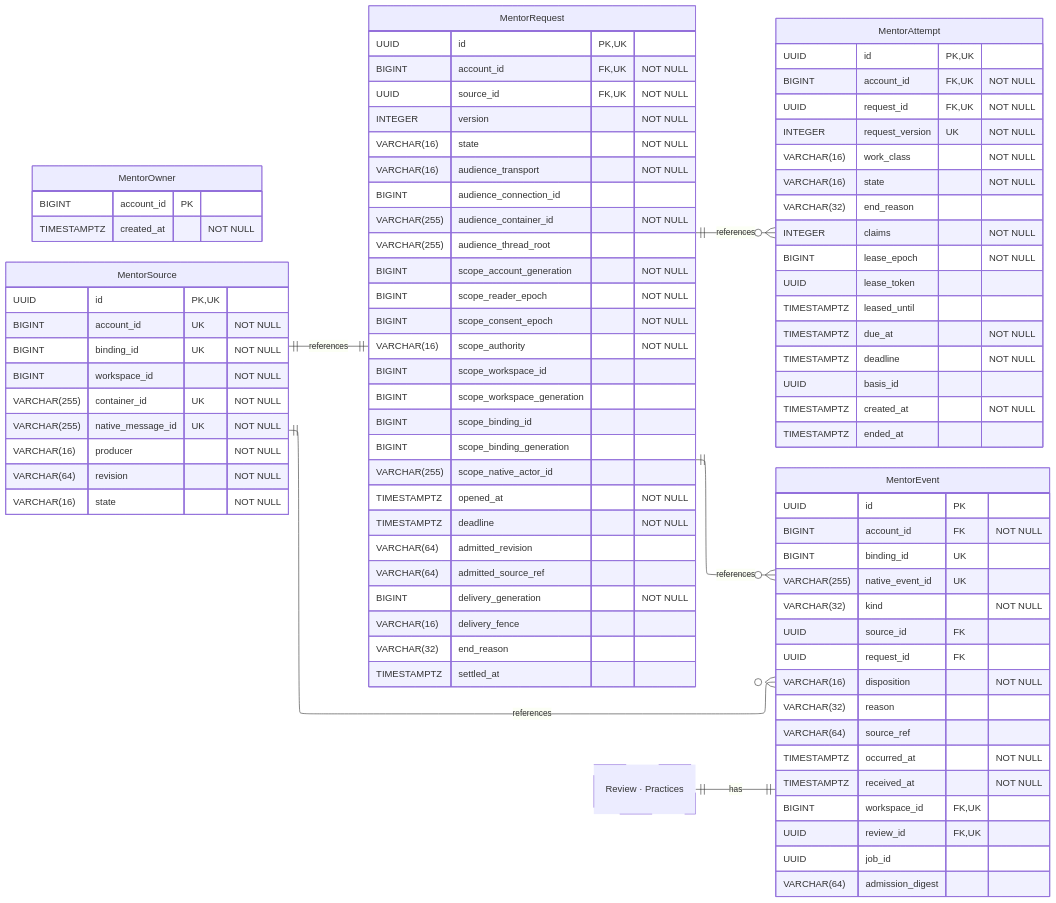
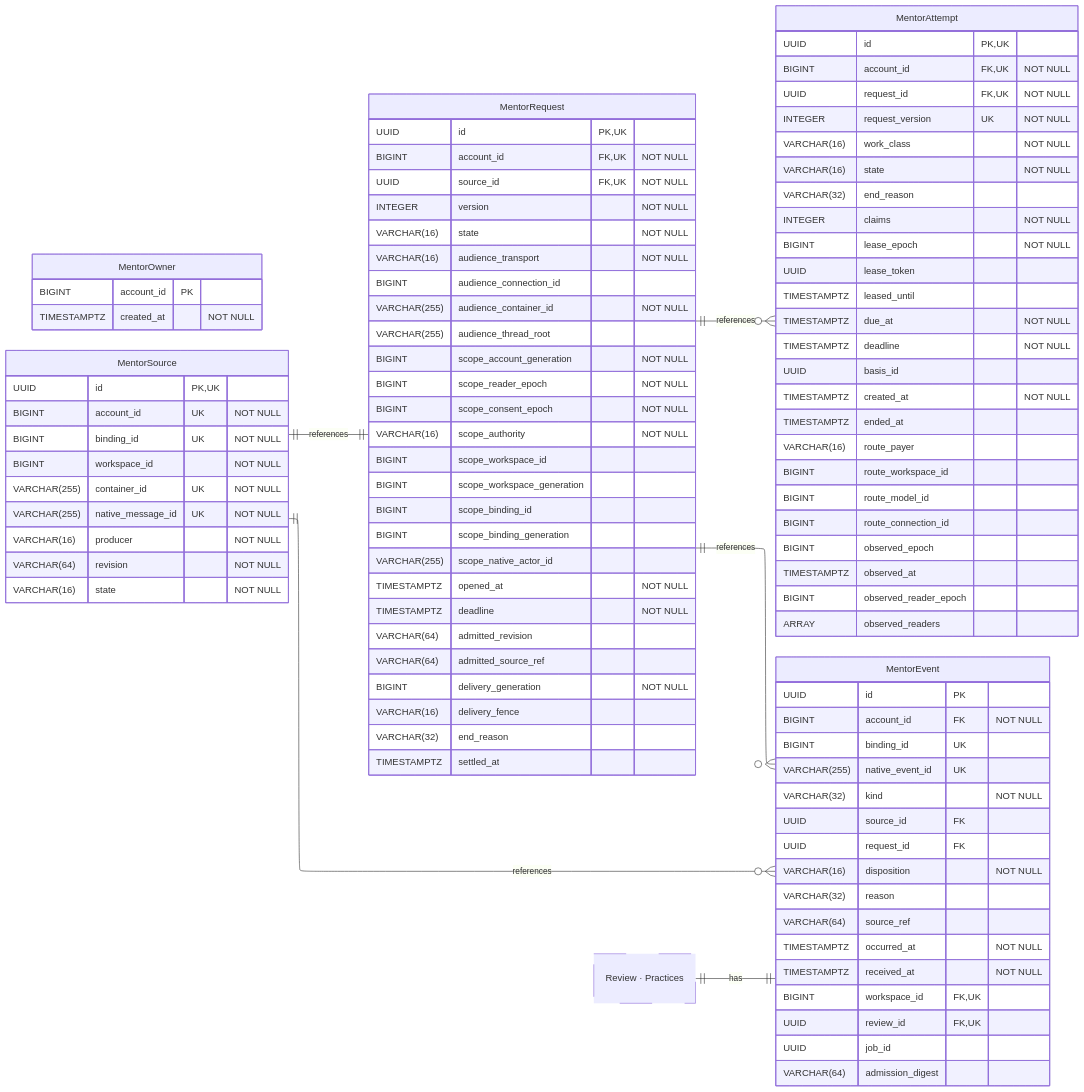
Before and after one commit to hephaestus-build/Hephaestus: the diagram in docs/contributor/erd/mentor.mmd, drawn with Mermaid. The commit also changed 3 other files, not shown here.

Commit message:
chore(server): format and regenerate the mentor diagram

```diff
--- a/docs/contributor/erd/mentor.mmd
+++ b/docs/contributor/erd/mentor.mmd
@@ -1,114 +1,122 @@
 ---
 config:
     layout: elk
 ---
 erDiagram
     %% Generated automatically from PostgreSQL database schema
     %% using scripts/generate-mermaid-erd.ts
     %% To regenerate: vp run db:generate-erd-docs
 
     direction LR
 
     MentorAttempt {
         UUID id PK,UK
         BIGINT account_id FK,UK "NOT NULL"
         UUID request_id FK,UK "NOT NULL"
         INTEGER request_version UK "NOT NULL"
         VARCHAR(16) work_class "NOT NULL"
         VARCHAR(16) state "NOT NULL"
         VARCHAR(32) end_reason
         INTEGER claims "NOT NULL"
         BIGINT lease_epoch "NOT NULL"
         UUID lease_token
         TIMESTAMPTZ leased_until
         TIMESTAMPTZ due_at "NOT NULL"
         TIMESTAMPTZ deadline "NOT NULL"
         UUID basis_id
         TIMESTAMPTZ created_at "NOT NULL"
         TIMESTAMPTZ ended_at
+        VARCHAR(16) route_payer
+        BIGINT route_workspace_id
+        BIGINT route_model_id
+        BIGINT route_connection_id
+        BIGINT observed_epoch
+        TIMESTAMPTZ observed_at
+        BIGINT observed_reader_epoch
+        ARRAY observed_readers
     }
 
     MentorEvent {
         UUID id PK
         BIGINT account_id FK "NOT NULL"
         BIGINT binding_id UK
         VARCHAR(255) native_event_id UK
         VARCHAR(32) kind "NOT NULL"
         UUID source_id FK
         UUID request_id FK
         VARCHAR(16) disposition "NOT NULL"
         VARCHAR(32) reason
         VARCHAR(64) source_ref
         TIMESTAMPTZ occurred_at "NOT NULL"
         TIMESTAMPTZ received_at "NOT NULL"
         BIGINT workspace_id FK,UK
         UUID review_id FK,UK
         UUID job_id
         VARCHAR(64) admission_digest
     }
 
     MentorOwner {
         BIGINT account_id PK
         TIMESTAMPTZ created_at "NOT NULL"
     }
 
     MentorRequest {
         UUID id PK,UK
         BIGINT account_id FK,UK "NOT NULL"
         UUID source_id FK,UK "NOT NULL"
         INTEGER version "NOT NULL"
         VARCHAR(16) state "NOT NULL"
         VARCHAR(16) audience_transport "NOT NULL"
         BIGINT audience_connection_id
         VARCHAR(255) audience_container_id "NOT NULL"
         VARCHAR(255) audience_thread_root
         BIGINT scope_account_generation "NOT NULL"
         BIGINT scope_reader_epoch "NOT NULL"
         BIGINT scope_consent_epoch "NOT NULL"
         VARCHAR(16) scope_authority "NOT NULL"
         BIGINT scope_workspace_id
         BIGINT scope_workspace_generation
         BIGINT scope_binding_id
         BIGINT scope_binding_generation
         VARCHAR(255) scope_native_actor_id
         TIMESTAMPTZ opened_at "NOT NULL"
         TIMESTAMPTZ deadline "NOT NULL"
         VARCHAR(64) admitted_revision
         VARCHAR(64) admitted_source_ref
         BIGINT delivery_generation "NOT NULL"
         VARCHAR(16) delivery_fence
         VARCHAR(32) end_reason
         TIMESTAMPTZ settled_at
     }
 
     MentorSource {
         UUID id PK,UK
         BIGINT account_id UK "NOT NULL"
         BIGINT binding_id UK "NOT NULL"
         BIGINT workspace_id "NOT NULL"
         VARCHAR(255) container_id UK "NOT NULL"
         VARCHAR(255) native_message_id UK "NOT NULL"
         VARCHAR(16) producer "NOT NULL"
         VARCHAR(64) revision "NOT NULL"
         VARCHAR(16) state "NOT NULL"
     }
 
     Review["Review · Practices"]
 
     %% Relationships
     %% One-to-One relationships
     Review ||--|| MentorEvent : has
     MentorSource ||--|| MentorRequest : references
 
     %% One-to-Many relationships
     MentorRequest ||--o{ MentorAttempt : references
     MentorRequest ||--o{ MentorEvent : references
     MentorSource ||--o{ MentorEvent : references
 
     %% Styling
     classDef primaryEntity stroke-width:2px
     classDef associationEntity stroke-width:1px
     classDef metadataEntity stroke-width:1px
     classDef referenceEntity stroke-dasharray:5 5
 
     class Review referenceEntity
```
